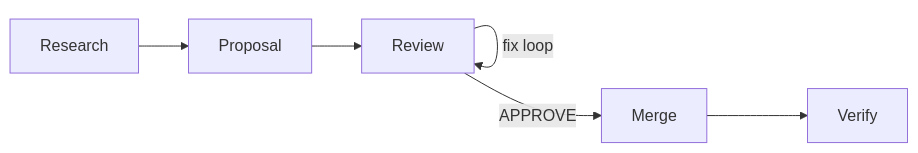
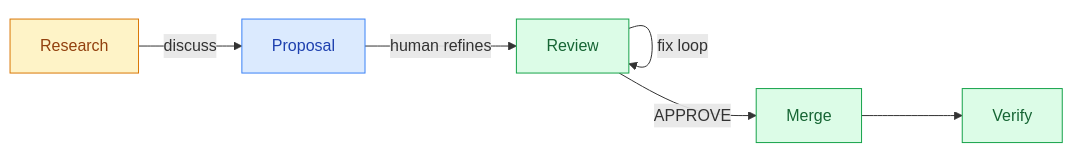
One commit to dev-eloper1/clarity-loop changed the fourth of 5 diagrams in README.md. Above: the diagram before and after it, drawn with Mermaid. The commit also changed other lines of this file and 3 other files, not shown here.

First line of the commit message:
Clean up diagrams and consolidate to single .pen file

````diff
--- a/README.md
+++ b/README.md
@@ -201,8 +222,12 @@
 ```mermaid
 flowchart LR
-    R["Research"] --> P["Proposal"]
-    P --> REV["Review"]
+    classDef human fill:#fef3c7,stroke:#d97706,color:#92400e
+    classDef ai fill:#dbeafe,stroke:#3b82f6,color:#1e40af
+    classDef gate fill:#dcfce7,stroke:#16a34a,color:#166534
+
+    R["Research"]:::human -->|"discuss"| P["Proposal"]:::ai
+    P -->|"human refines"| REV["Review"]:::gate
     REV -->|"fix loop"| REV
-    REV -->|"APPROVE"| M["Merge"]
-    M --> V["Verify"]
+    REV -->|"APPROVE"| M["Merge"]:::gate
+    M --> V["Verify"]:::gate
 ```
````
